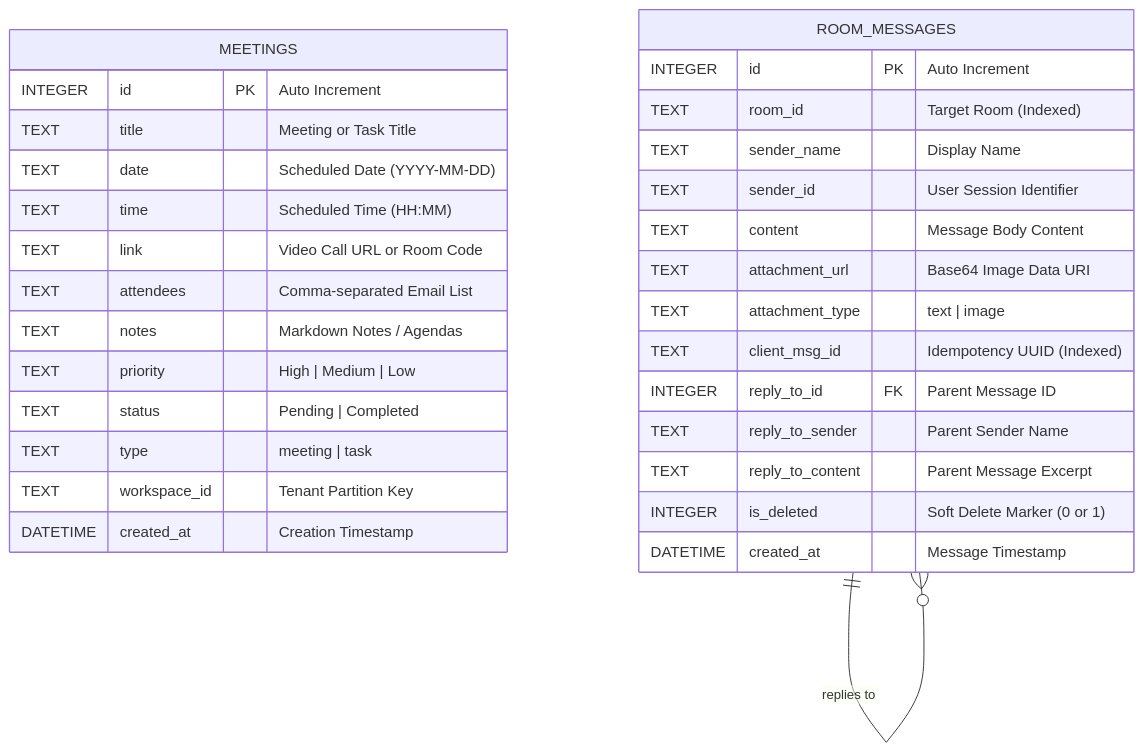
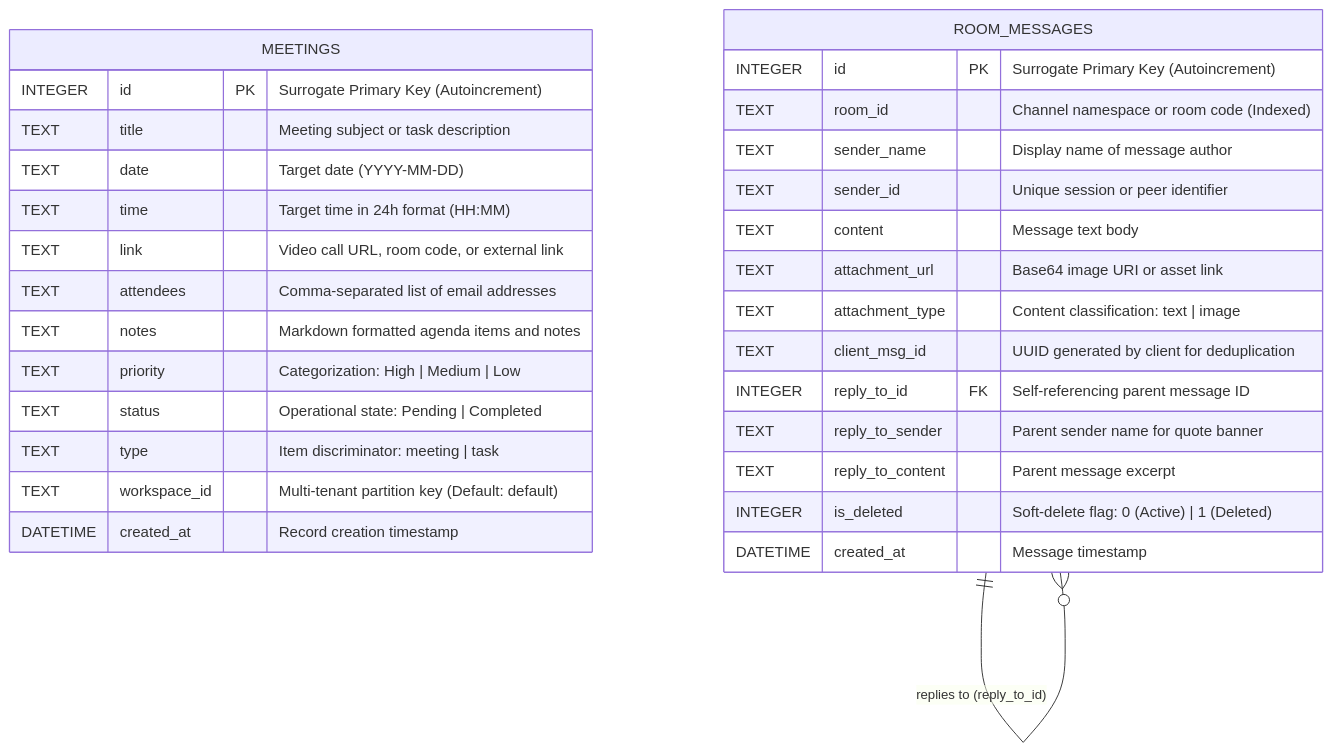
The second of 10 diagrams in PROJECT_DOCUMENTATION.md (itssagarK/meetManager), drawn with Mermaid before and after one commit. The commit also changed other lines of this file and 3 other files, not shown here.

````diff
--- a/PROJECT_DOCUMENTATION.md
+++ b/PROJECT_DOCUMENTATION.md
@@ -171,35 +183,35 @@
 ```mermaid
 erDiagram
     MEETINGS {
-        INTEGER id PK "Auto Increment"
-        TEXT title "Meeting or Task Title"
-        TEXT date "Scheduled Date (YYYY-MM-DD)"
-        TEXT time "Scheduled Time (HH:MM)"
-        TEXT link "Video Call URL or Room Code"
-        TEXT attendees "Comma-separated Email List"
-        TEXT notes "Markdown Notes / Agendas"
-        TEXT priority "High | Medium | Low"
-        TEXT status "Pending | Completed"
-        TEXT type "meeting | task"
-        TEXT workspace_id "Tenant Partition Key"
-        DATETIME created_at "Creation Timestamp"
+        INTEGER id PK "Surrogate Primary Key (Autoincrement)"
+        TEXT title "Meeting subject or task description"
+        TEXT date "Target date (YYYY-MM-DD)"
+        TEXT time "Target time in 24h format (HH:MM)"
+        TEXT link "Video call URL, room code, or external link"
+        TEXT attendees "Comma-separated list of email addresses"
+        TEXT notes "Markdown formatted agenda items and notes"
+        TEXT priority "Categorization: High | Medium | Low"
+        TEXT status "Operational state: Pending | Completed"
+        TEXT type "Item discriminator: meeting | task"
+        TEXT workspace_id "Multi-tenant partition key (Default: default)"
+        DATETIME created_at "Record creation timestamp"
     }
 
     ROOM_MESSAGES {
-        INTEGER id PK "Auto Increment"
-        TEXT room_id "Target Room (Indexed)"
-        TEXT sender_name "Display Name"
-        TEXT sender_id "User Session Identifier"
-        TEXT content "Message Body Content"
-        TEXT attachment_url "Base64 Image Data URI"
-        TEXT attachment_type "text | image"
-        TEXT client_msg_id "Idempotency UUID (Indexed)"
-        INTEGER reply_to_id FK "Parent Message ID"
-        TEXT reply_to_sender "Parent Sender Name"
-        TEXT reply_to_content "Parent Message Excerpt"
-        INTEGER is_deleted "Soft Delete Marker (0 or 1)"
-        DATETIME created_at "Message Timestamp"
+        INTEGER id PK "Surrogate Primary Key (Autoincrement)"
+        TEXT room_id "Channel namespace or room code (Indexed)"
+        TEXT sender_name "Display name of message author"
+        TEXT sender_id "Unique session or peer identifier"
+        TEXT content "Message text body"
+        TEXT attachment_url "Base64 image URI or asset link"
+        TEXT attachment_type "Content classification: text | image"
+        TEXT client_msg_id "UUID generated by client for deduplication"
+        INTEGER reply_to_id FK "Self-referencing parent message ID"
+        TEXT reply_to_sender "Parent sender name for quote banner"
+        TEXT reply_to_content "Parent message excerpt"
+        INTEGER is_deleted "Soft-delete flag: 0 (Active) | 1 (Deleted)"
+        DATETIME created_at "Message timestamp"
     }
 
-    ROOM_MESSAGES ||--o{ ROOM_MESSAGES : "replies to"
+    ROOM_MESSAGES ||--o{ ROOM_MESSAGES : "replies to (reply_to_id)"
 ```
````
